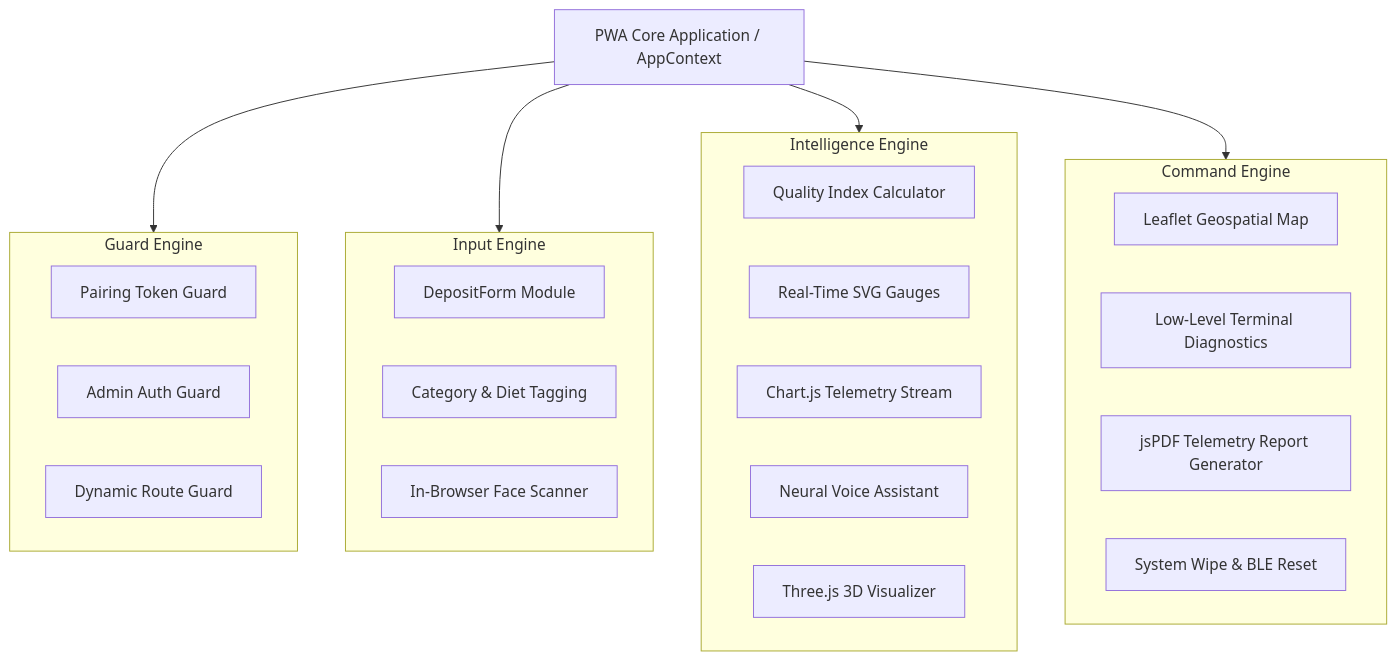
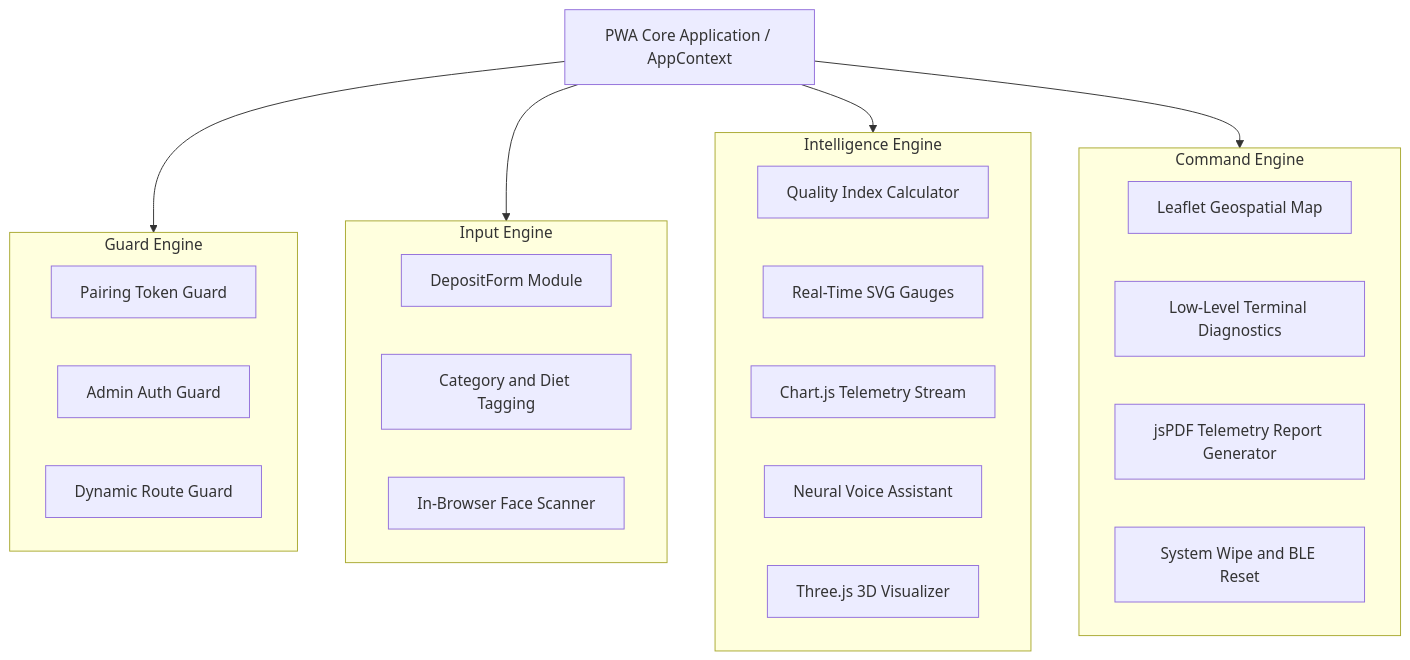
One commit to TamboliSara/ASEP2-PWA-2.0 changed the third of 3 diagrams in docs/02_SYSTEM_ARCHITECTURE.md. Above: the diagram before and after it, drawn with Mermaid. The commit also changed other lines of this file and 5 other files, not shown here.

Commit message:
fix(docs): quote all mermaid labels and sanitize syntax for GitHub markdown renderer

````diff
--- a/docs/02_SYSTEM_ARCHITECTURE.md
+++ b/docs/02_SYSTEM_ARCHITECTURE.md
@@ -251,36 +251,36 @@
 ```mermaid
 graph TD
-    App[PWA Core Application / AppContext]
+    App["PWA Core Application / AppContext"]
     
-    subgraph Engine1 [Guard Engine]
-        PairGuard[Pairing Token Guard]
-        AuthGuard[Admin Auth Guard]
-        RouteGuard[Dynamic Route Guard]
+    subgraph Engine1 ["Guard Engine"]
+        PairGuard["Pairing Token Guard"]
+        AuthGuard["Admin Auth Guard"]
+        RouteGuard["Dynamic Route Guard"]
     end
     
-    subgraph Engine2 [Input Engine]
-        Deposit[DepositForm Module]
-        CatPicker[Category & Diet Tagging]
-        FaceCapture[In-Browser Face Scanner]
+    subgraph Engine2 ["Input Engine"]
+        Deposit["DepositForm Module"]
+        CatPicker["Category and Diet Tagging"]
+        FaceCapture["In-Browser Face Scanner"]
     end
     
-    subgraph Engine3 [Intelligence Engine]
-        QI[Quality Index Calculator]
-        Gauges[Real-Time SVG Gauges]
-        Chart[Chart.js Telemetry Stream]
-        VoiceAI[Neural Voice Assistant]
-        Twin[Three.js 3D Visualizer]
+    subgraph Engine3 ["Intelligence Engine"]
+        QI["Quality Index Calculator"]
+        Gauges["Real-Time SVG Gauges"]
+        Chart["Chart.js Telemetry Stream"]
+        VoiceAI["Neural Voice Assistant"]
+        Twin["Three.js 3D Visualizer"]
     end
     
-    subgraph Engine4 [Command Engine]
-        Fleet[Leaflet Geospatial Map]
-        Diags[Low-Level Terminal Diagnostics]
-        PDF[jsPDF Telemetry Report Generator]
-        Emergency[System Wipe & BLE Reset]
+    subgraph Engine4 ["Command Engine"]
+        Fleet["Leaflet Geospatial Map"]
+        Diags["Low-Level Terminal Diagnostics"]
+        PDF["jsPDF Telemetry Report Generator"]
+        Emergency["System Wipe and BLE Reset"]
     end
 
     App --> Engine1
     App --> Engine2
     App --> Engine3
     App --> Engine4
 ```
````
